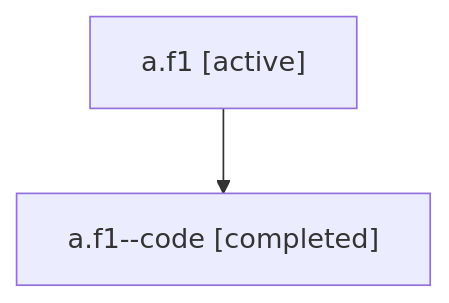
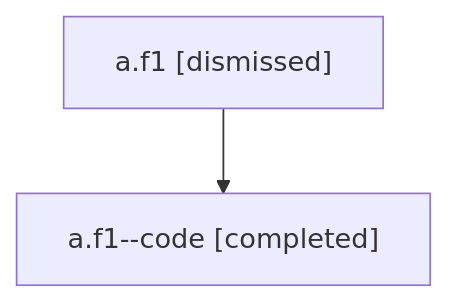
One commit to sase-org/sase--agents changed the diagram in sessions/bbugyi200.athena.a.f1.md. Above: the diagram before and after it, drawn with Mermaid. The commit also changed other lines of this file and 22 other files, not shown here.

````diff
--- a/sessions/bbugyi200.athena.a.f1.md
+++ b/sessions/bbugyi200.athena.a.f1.md
@@ -9,6 +9,6 @@
 ```mermaid
 flowchart TD
-  n0["a.f1 [active]"]
+  n0["a.f1 [dismissed]"]
   n1["a.f1--code [completed]"]
   n0 --> n1
 ```
````
